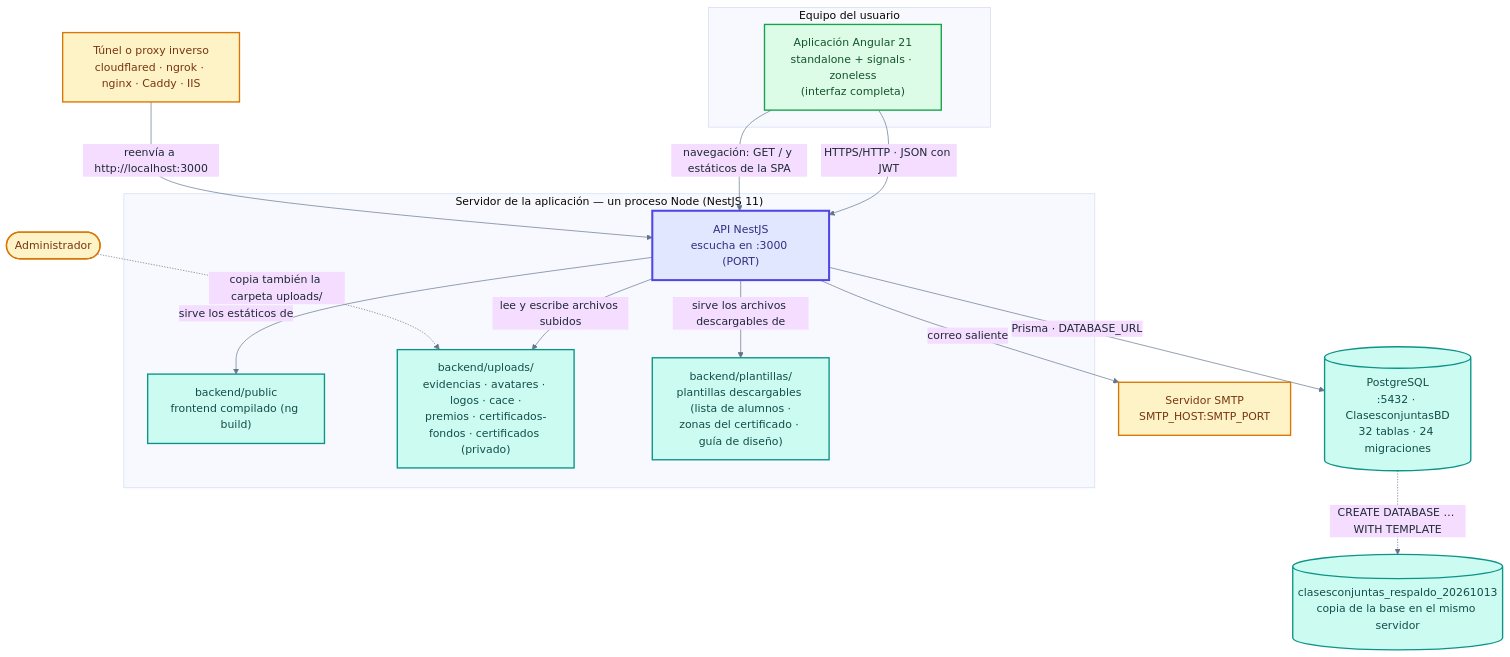
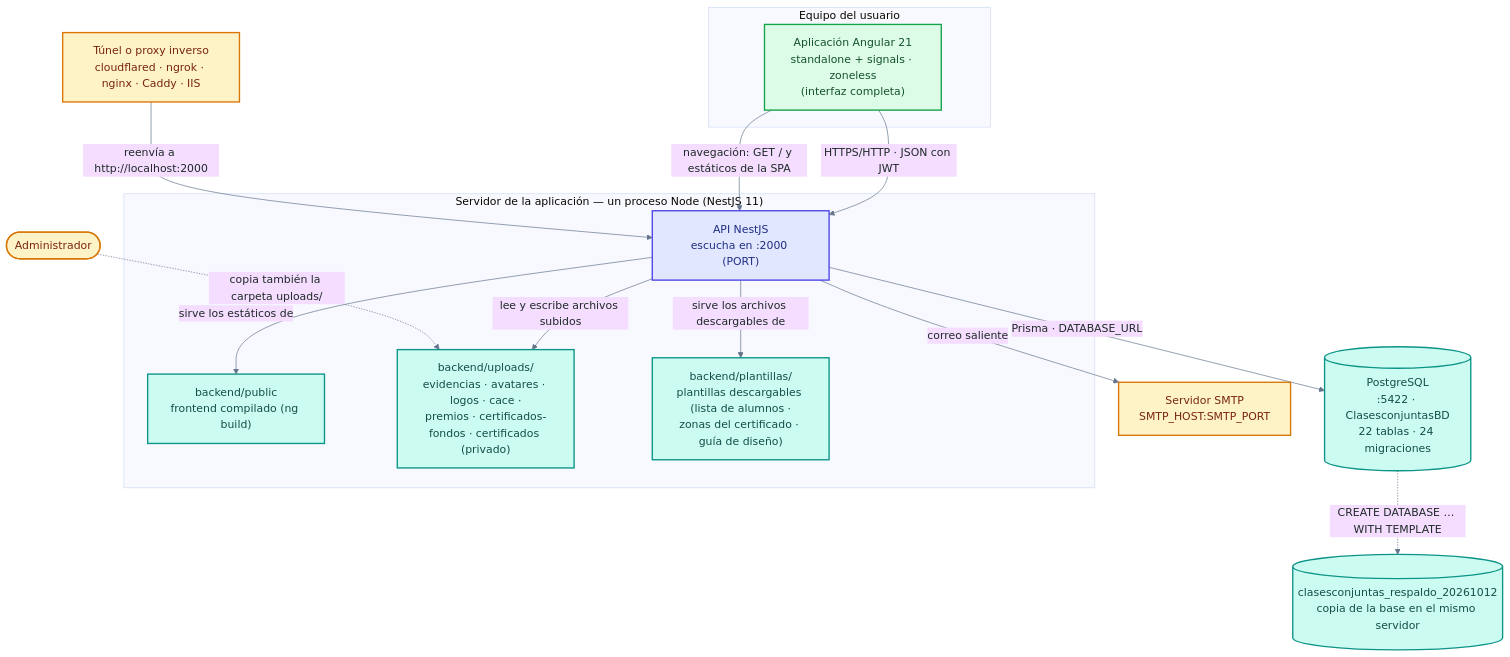
The second of 2 diagrams in docs/producto/diagramas/arquitectura.md (RICARDOSOTO6/clases-espejo), drawn with Mermaid before and after one commit. The commit also changed other lines of this file and 6 other files, not shown here.

````diff
--- a/docs/producto/diagramas/arquitectura.md
+++ b/docs/producto/diagramas/arquitectura.md
@@ -85,50 +85,50 @@
 ```mermaid
 %%{init: {
     "theme": "base",
     "themeVariables": {
         "background": "#F5F7FA",
-        "primaryTextColor": "#1F2937",
+        "primaryTextColor": "#1F2927",
         "lineColor": "#64748B",
         "fontFamily": "Arial"
     }
 }}%%
 
 flowchart TB
 
     subgraph NAV["Equipo del usuario"]
         SPA["Aplicación Angular 21<br/>standalone + signals · zoneless<br/>(interfaz completa)"]
     end
 
     subgraph SRV["Servidor de la aplicación — un proceso Node (NestJS 11)"]
-        API["API NestJS<br/>escucha en :3000 (PORT)"]
+        API["API NestJS<br/>escucha en :2000 (PORT)"]
         PUBC["backend/public<br/>frontend compilado (ng build)"]
         UP["backend/uploads/<br/>evidencias · avatares · logos · cace ·<br/>premios · certificados-fondos · certificados (privado)"]
         PL["backend/plantillas/<br/>plantillas descargables (lista de alumnos ·<br/>zonas del certificado · guía de diseño)"]
     end
 
-    PG[("PostgreSQL<br/>:5432 · ClasesconjuntasBD<br/>32 tablas · 24 migraciones")]
-    BKP[("clasesconjuntas_respaldo_20261013<br/>copia de la base en el mismo servidor")]
+    PG[("PostgreSQL<br/>:5422 · ClasesconjuntasBD<br/>22 tablas · 24 migraciones")]
+    BKP[("clasesconjuntas_respaldo_20261012<br/>copia de la base en el mismo servidor")]
     SMTP["Servidor SMTP<br/>SMTP_HOST:SMTP_PORT"]
     TUN["Túnel o proxy inverso<br/>cloudflared · ngrok · nginx · Caddy · IIS"]
 
     SPA -- "HTTPS/HTTP · JSON con JWT" --> API
     SPA -- "navegación: GET / y estáticos de la SPA" --> API
     API -- "Prisma · DATABASE_URL" --> PG
     API -- "lee y escribe archivos subidos" --> UP
     API -- "sirve los archivos descargables de" --> PL
     API -- "sirve los estáticos de" --> PUBC
     API -- "correo saliente" --> SMTP
-    TUN -- "reenvía a http://localhost:3000" --> API
+    TUN -- "reenvía a http://localhost:2000" --> API
     PG -. "CREATE DATABASE … WITH TEMPLATE" .-> BKP
     Admin([Administrador]) -. "copia también la carpeta uploads/" .-> UP
 
-    classDef cliente fill:#DCFCE7,stroke:#16A34A,color:#14532D,stroke-width:2px
-    classDef proceso fill:#E0E7FF,stroke:#4F46E5,color:#312E81,stroke-width:3px
-    classDef almacen fill:#CCFBF1,stroke:#0D9488,color:#134E4A,stroke-width:2px
-    classDef externo fill:#FEF3C7,stroke:#D97706,color:#78350F,stroke-width:2px
+    classDef cliente fill:#DCFCE7,stroke:#16A24A,color:#14522D,stroke-width:2px
+    classDef proceso fill:#E0E7FF,stroke:#4F46E5,color:#212E81,stroke-width:2px
+    classDef almacen fill:#CCFBF1,stroke:#0D9488,color:#124E4A,stroke-width:2px
+    classDef externo fill:#FEF2C7,stroke:#D97706,color:#78250F,stroke-width:2px
 
     class SPA cliente
     class API proceso
     class PUBC,UP,PL,PG,BKP almacen
     class SMTP,TUN,Admin externo
 ```
````
